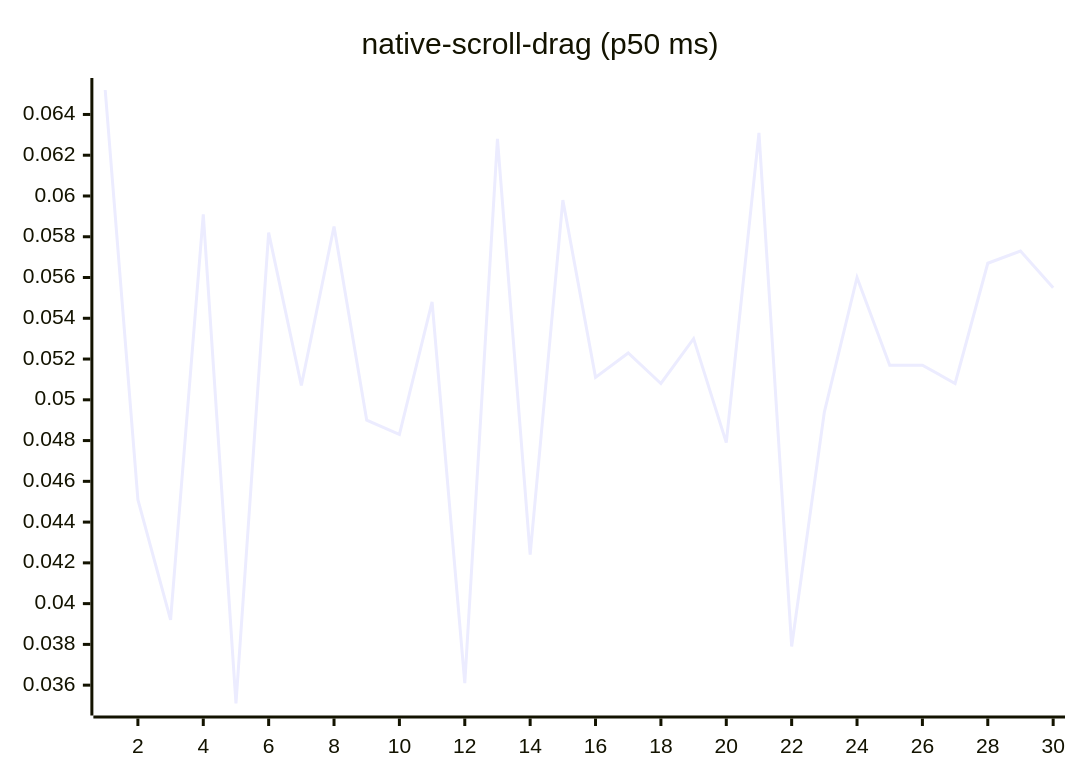
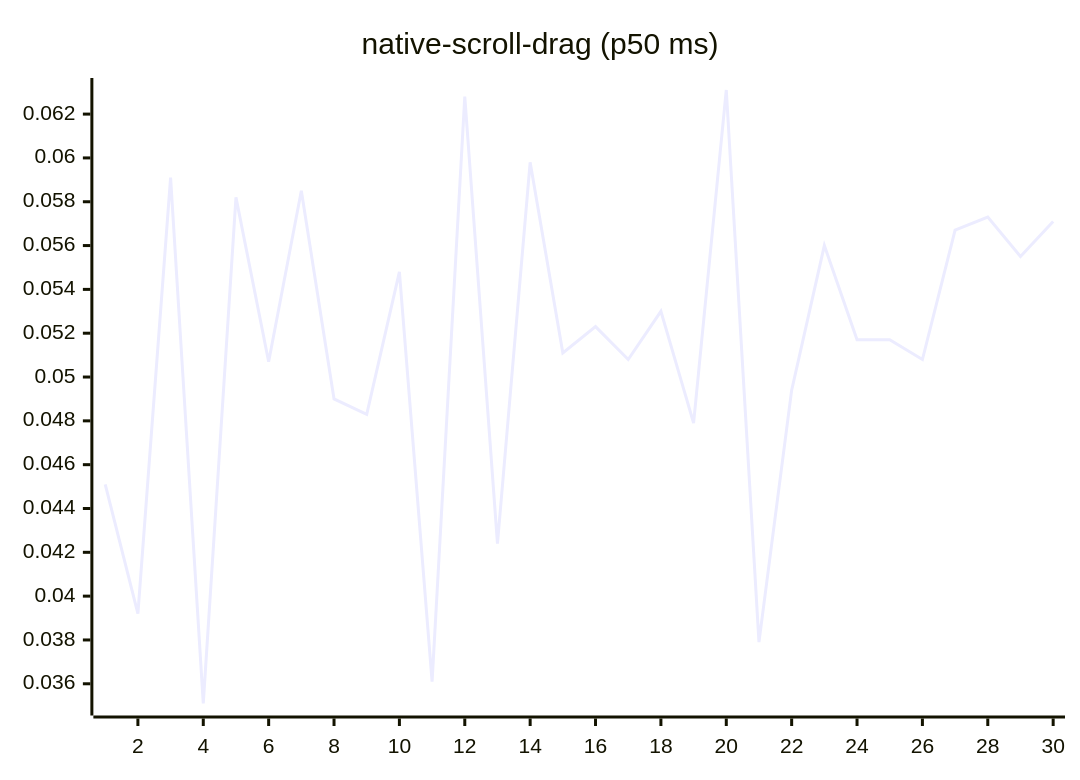
Before and after one commit to josha/Facet: diagram 14 of 27 in README.md, drawn with Mermaid. The commit also changed other lines of this file and 2 other files, not shown here.

````diff
--- a/README.md
+++ b/README.md
@@ -154,6 +154,6 @@
 ```mermaid
 xychart-beta
     title "native-scroll-drag (p50 ms)"
     x-axis 1 --> 30
-    line [0.0652, 0.0451, 0.0392, 0.0591, 0.0351, 0.0582, 0.0507, 0.0585, 0.0490, 0.0483, 0.0548, 0.0361, 0.0628, 0.0424, 0.0598, 0.0511, 0.0523, 0.0508, 0.0530, 0.0479, 0.0631, 0.0379, 0.0494, 0.0560, 0.0517, 0.0517, 0.0508, 0.0567, 0.0573, 0.0555]
+    line [0.0451, 0.0392, 0.0591, 0.0351, 0.0582, 0.0507, 0.0585, 0.0490, 0.0483, 0.0548, 0.0361, 0.0628, 0.0424, 0.0598, 0.0511, 0.0523, 0.0508, 0.0530, 0.0479, 0.0631, 0.0379, 0.0494, 0.0560, 0.0517, 0.0517, 0.0508, 0.0567, 0.0573, 0.0555, 0.0571]
 ```
````
